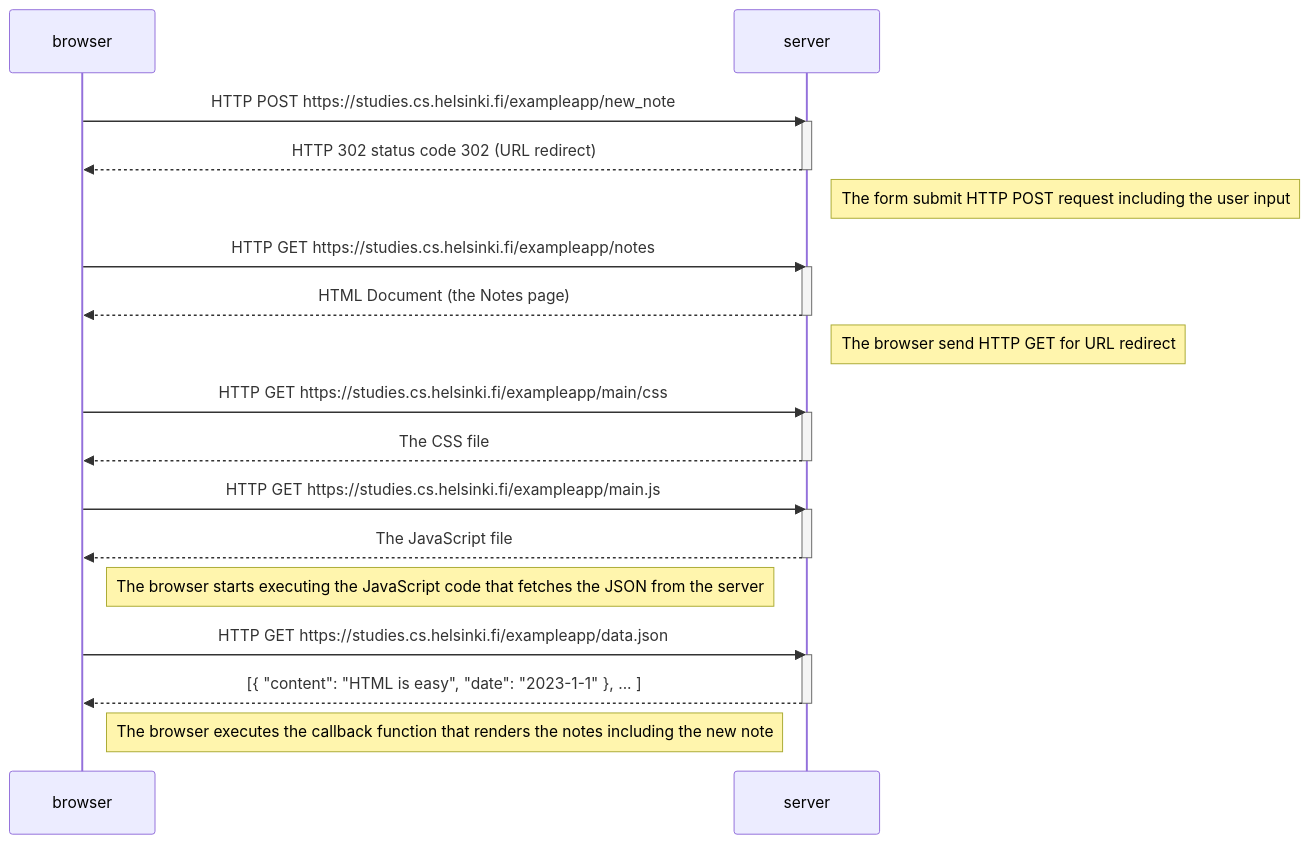
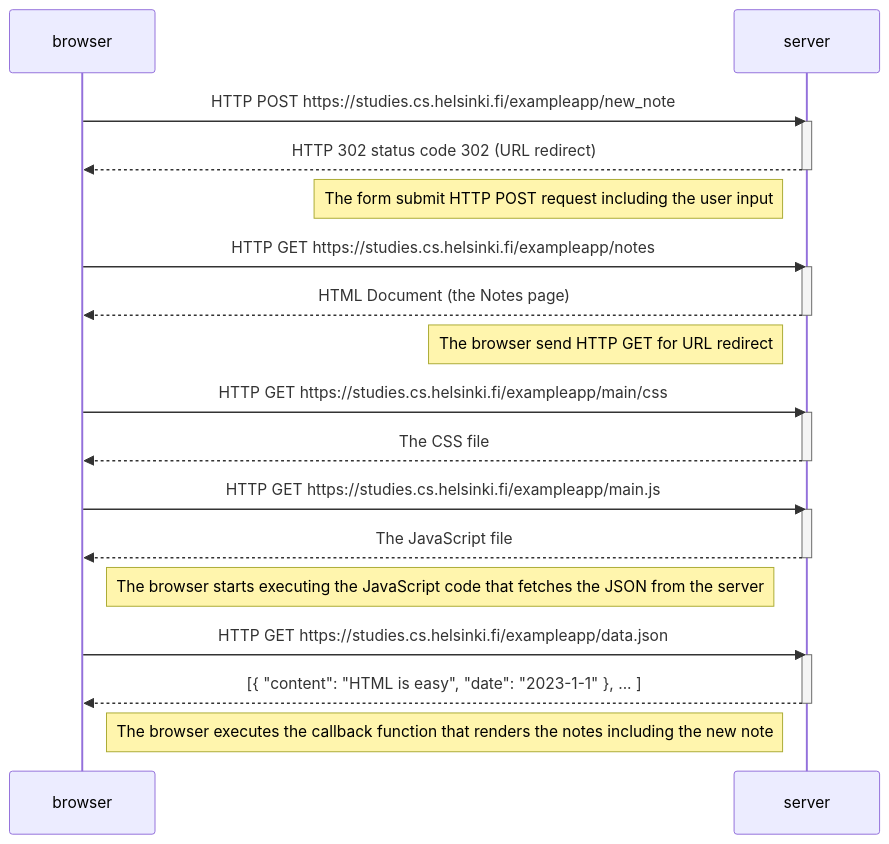
Before and after one commit to kole-wc/fullstackopen: the diagram in part0/0.4.md, drawn with Mermaid.

Commit message:
Add comments

````diff
--- a/part0/0.4.md
+++ b/part0/0.4.md
@@ -1,38 +1,38 @@
 ```mermaid
 sequenceDiagram
     participant browser
     participant server
 
     browser->>server: HTTP POST https://studies.cs.helsinki.fi/exampleapp/new_note
     activate server
     server-->>browser: HTTP 302 status code 302 (URL redirect)
     deactivate server
 
-    Note right of server: The form submit HTTP POST request including the user input 
+    Note left of server: The form submit HTTP POST request including the user input 
 
     browser->>server: HTTP GET https://studies.cs.helsinki.fi/exampleapp/notes
     activate server
     server-->>browser: HTML Document (the Notes page)
     deactivate server
     
-    Note right of server: The browser send HTTP GET for URL redirect
+    Note left of server: The browser send HTTP GET for URL redirect
 
     browser->>server: HTTP GET https://studies.cs.helsinki.fi/exampleapp/main/css
     activate server
     server-->>browser: The CSS file
     deactivate server
 
     browser->>server: HTTP GET https://studies.cs.helsinki.fi/exampleapp/main.js
     activate server
     server-->>browser: The JavaScript file
     deactivate server
 
     Note right of browser: The browser starts executing the JavaScript code that fetches the JSON from the server
 
     browser->>server: HTTP GET https://studies.cs.helsinki.fi/exampleapp/data.json
     activate server
     server-->>browser: [{ "content": "HTML is easy", "date": "2023-1-1" }, ... ]
     deactivate server
 
     Note right of browser: The browser executes the callback function that renders the notes including the new note
 ```
````
